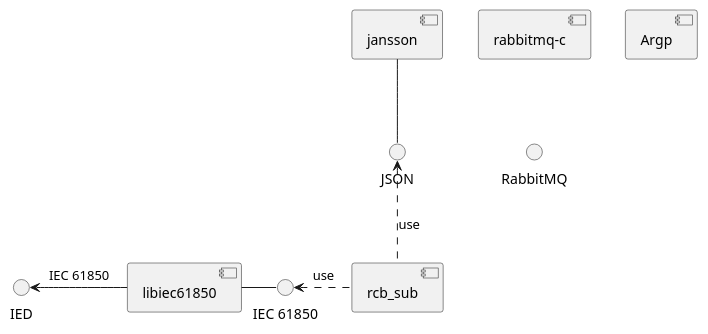
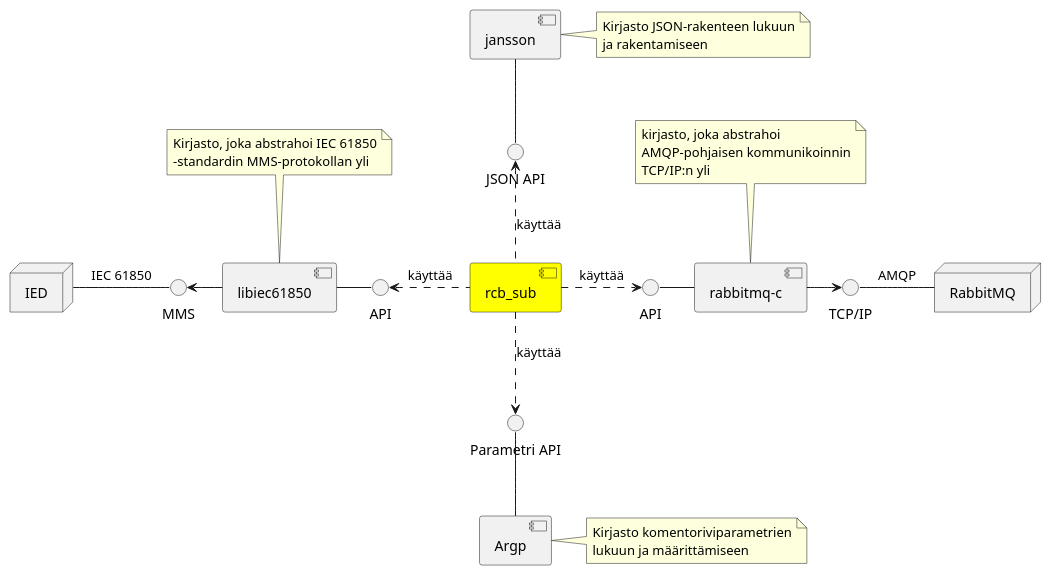
Before and after one commit to Kazhuu/tut_master_thesis: the diagram in uml/rcb-sub-component-diagram.puml, drawn with PlantUML.

Commit message:
rcb_sub uml

```diff
--- a/uml/rcb-sub-component-diagram.puml
+++ b/uml/rcb-sub-component-diagram.puml
@@ -1,21 +1,53 @@
 @startuml
 skinparam componentStyle uml2
 
-component rcb_sub as rcbsub
+node IED as ied
+node RabbitMQ as mq
+component rcb_sub as rcbsub #Yellow
 component jansson as jansson
 component libiec61850 as libiec
 component [rabbitmq-c] as mqc
 component Argp as argp
 
-() IED as iedif
-() "IEC 61850" as iecif
-() RabbitMQ as mqif
-() "JSON" as jsonif
+() "MMS" as mmsif
+() "API" as libiecif
+() "API" as mqcif
+() "JSON API" as jsonif
+() "Parametri API" as argpif
+() "TCP/IP" as amqpif
 
+ied -r- mmsif : IEC 61850
+mq -l- amqpif : AMQP
 jansson -- jsonif
-libiec -r- iecif
-libiec -l-> iedif : IEC 61850
+libiec -r- libiecif
+mqc -l- mqcif
+argp -u- argpif
 
-rcbsub .u.> jsonif : use
-rcbsub .l.> iecif : use
+libiec -l-> mmsif
+mqc -r-> amqpif
+rcbsub .u.> jsonif : käyttää
+rcbsub .l.> libiecif : käyttää
+rcbsub .d.> argpif : käyttää
+rcbsub .r.> mqcif : käyttää
+
+note right of jansson
+	Kirjasto JSON-rakenteen lukuun
+	ja rakentamiseen
+end note
+
+note right of argp
+	Kirjasto komentoriviparametrien
+	lukuun ja määrittämiseen
+end note
+
+note top of mqc
+	kirjasto, joka abstrahoi
+	AMQP-pohjaisen kommunikoinnin
+	TCP/IP:n yli
+end note
+
+note top of libiec
+	Kirjasto, joka abstrahoi IEC 61850
+	-standardin MMS-protokollan yli
+end note
 @enduml
```
